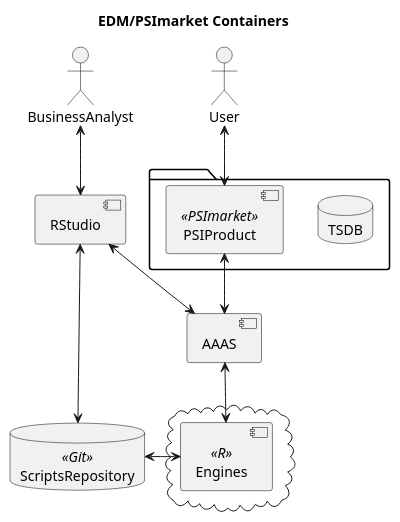
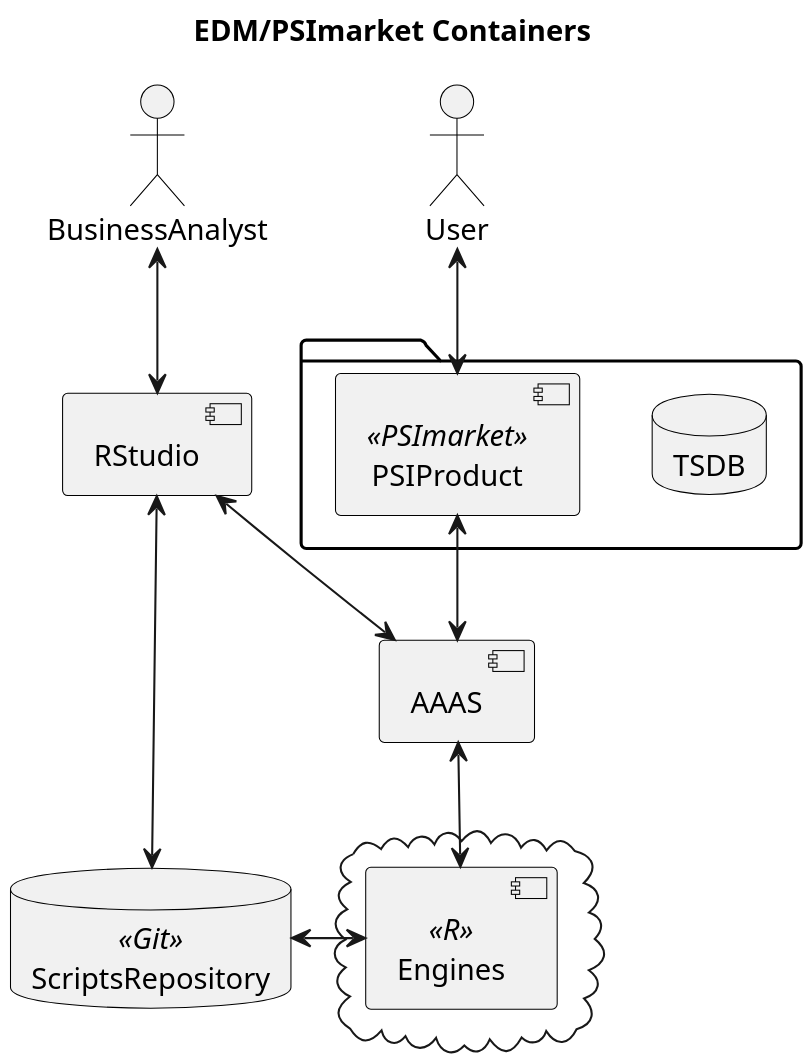
One commit to PSI-Polska/aaas-java6 changed the diagram in doc/4c/2.1 EDM Containers.plantuml. Above: the diagram before and after it, drawn with PlantUML. The commit also changed 12 other files, not shown here.

```diff
--- a/doc/4c/2.1 EDM Containers.plantuml
+++ b/doc/4c/2.1 EDM Containers.plantuml
@@ -1,46 +1,48 @@
 @startuml
-skinparam componentStyle uml2
+skinparam dpi 200
+' skinparam backgroundColor transparent
+' skinparam monochrome true
 
 title EDM/PSImarket Containers
 
 actor User
 actor BusinessAnalyst as BA
 package {
     database TSDB as tsdb
     component PSIProduct as PSI <<PSImarket>>
 }
 component RStudio as rstdio
 database ScriptsRepository as scripts <<Git>>
 component AAAS as 3as
 cloud {
     component Engines as engine <<R>>
 }
 
 ' Answers:
 ' * Data (TS) is provided by PSImarket and passed through 3AS to R
 ' * Communication is done synchronously with method calls - tight integration
 ' * Scripts are available for both, RStudio and R through Git repository
 ' * Use case from Rstudio works exaclty the same way as Use case from product
 ' * Engines, Scripts repository are dockerized, ready to be run on k8s or openshift
 
 User <--> PSI
 BA <--> rstdio
 rstdio <--> scripts
 PSI <--> 3as
 rstdio <--> 3as
 3as <--> engine
 engine <-right-> scripts
 
 skinparam actor {
   BorderColor black
   ArrowColor black
 }
 skinparam component {
   BorderColor black
   ArrowColor black
 }
 skinparam database {
   BorderColor black
   ArrowColor black
 }
 @enduml
```
